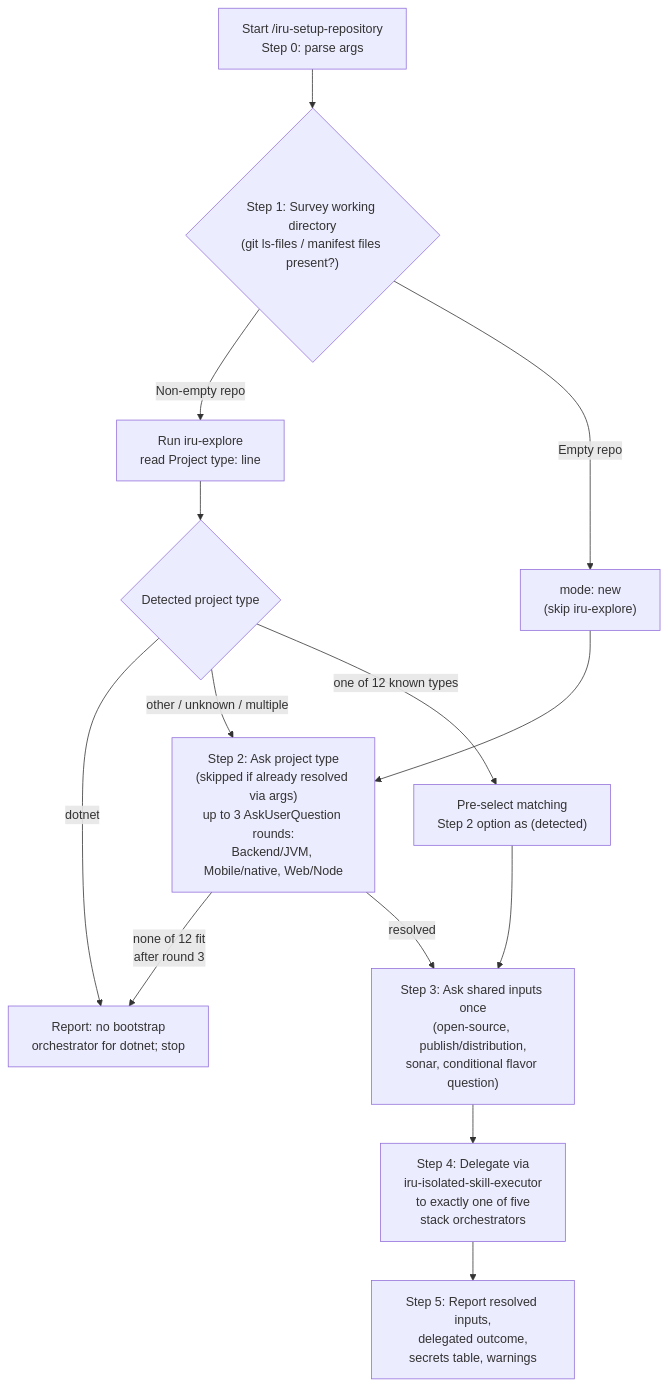
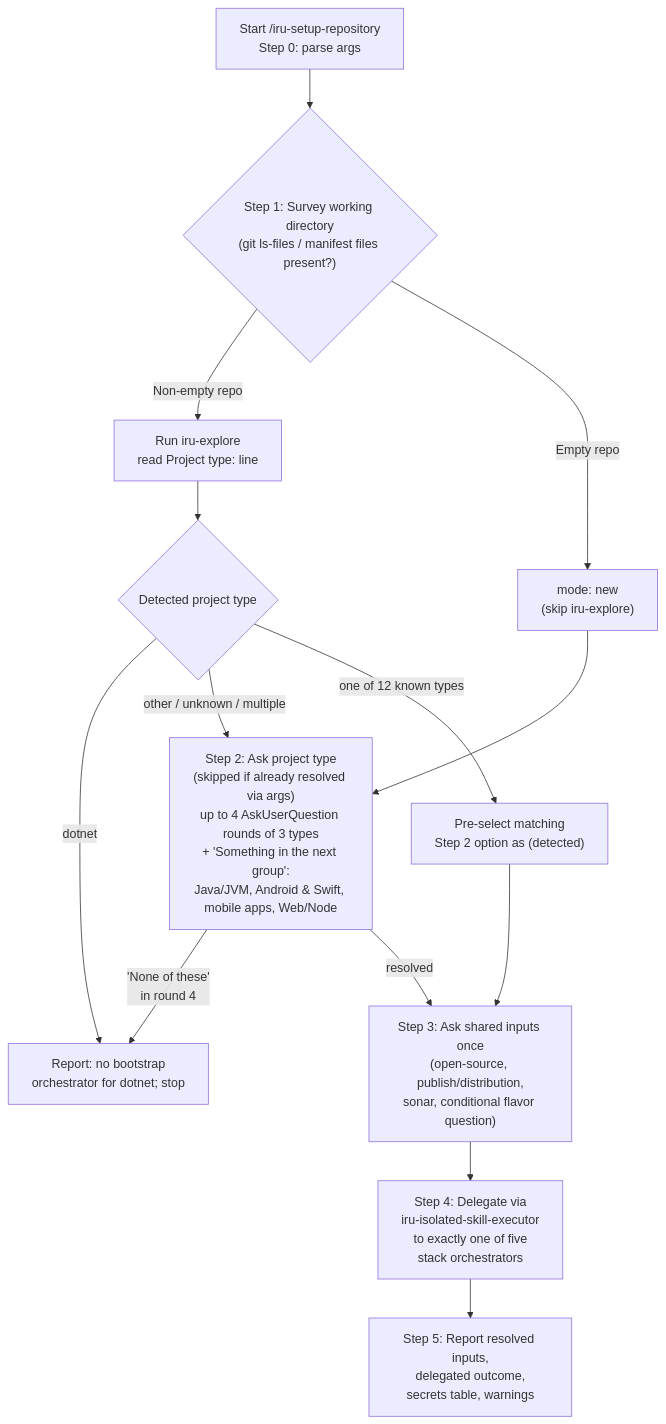
The diagram in docs/modules/ROOT/pages/skills/iru-setup-repository.adoc (albertoirurueta/ai-catalog), drawn with Mermaid before and after one commit. The commit also changed other lines of this file and 57 other files, not shown here.

```diff
--- a/docs/modules/ROOT/pages/skills/iru-setup-repository.adoc
+++ b/docs/modules/ROOT/pages/skills/iru-setup-repository.adoc
@@ -152,17 +154,17 @@
 [mermaid]
 ....
 flowchart TD
     A["Start /iru-setup-repository\nStep 0: parse args"] --> B{"Step 1: Survey working directory\n(git ls-files / manifest files present?)"}
     B -- "Non-empty repo" --> C["Run iru-explore\nread Project type: line"]
     B -- "Empty repo" --> D["mode: new\n(skip iru-explore)"]
     C --> E{"Detected project type"}
     E -- "dotnet" --> G["Report: no bootstrap\norchestrator for dotnet; stop"]
     E -- "other / unknown / multiple" --> F
     E -- "one of 12 known types" --> H["Pre-select matching\nStep 2 option as (detected)"]
     H --> I
-    D --> F["Step 2: Ask project type\n(skipped if already resolved via args)\nup to 3 AskUserQuestion rounds:\nBackend/JVM, Mobile/native, Web/Node"]
-    F -- "none of 12 fit\nafter round 3" --> G
+    D --> F["Step 2: Ask project type\n(skipped if already resolved via args)\nup to 4 AskUserQuestion rounds of 3 types\n+ 'Something in the next group':\nJava/JVM, Android & Swift, mobile apps, Web/Node"]
+    F -- "'None of these'\nin round 4" --> G
     F -- "resolved" --> I["Step 3: Ask shared inputs once\n(open-source, publish/distribution,\nsonar, conditional flavor question)"]
     I --> J["Step 4: Delegate via\niru-isolated-skill-executor\nto exactly one of five\nstack orchestrators"]
     J --> K["Step 5: Report resolved inputs,\ndelegated outcome,\nsecrets table, warnings"]
 ....
```
